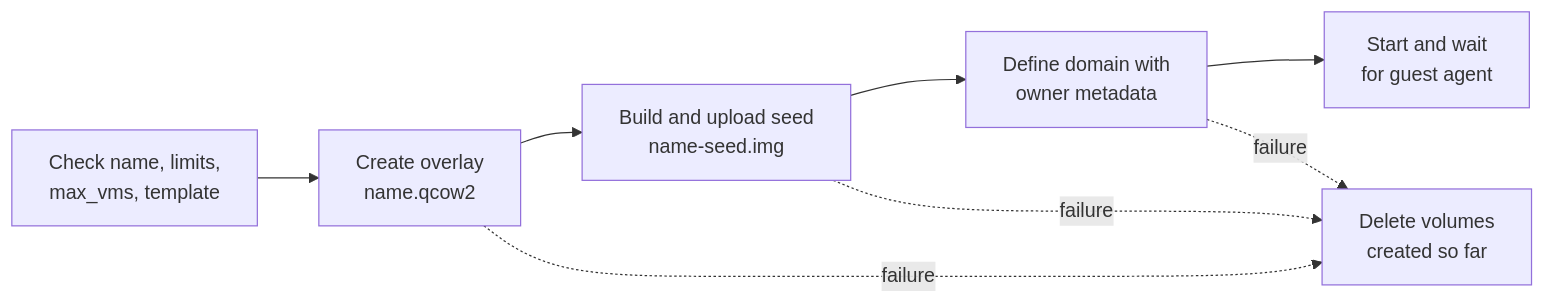
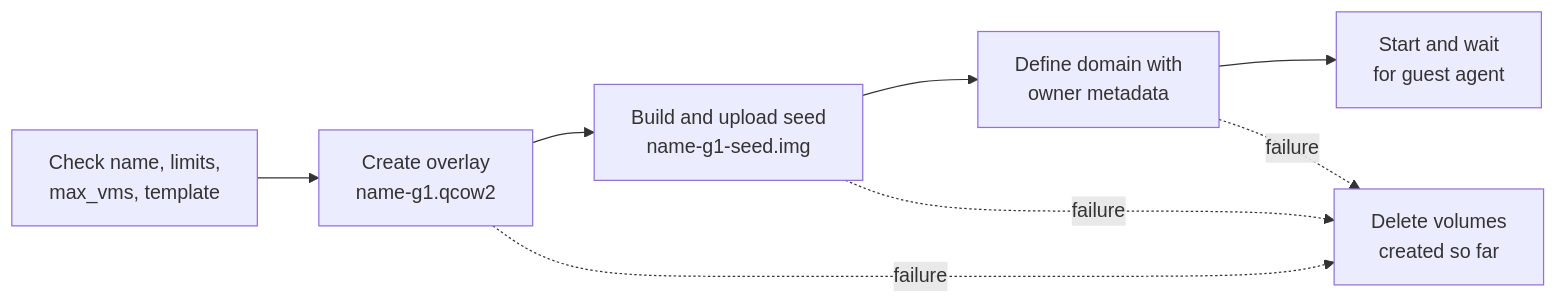
One commit to jonatsu/virt-manager-mcp changed the diagram in docs/plans/disposable-vms-design.md. Above: the diagram before and after it, drawn with Mermaid. The commit also changed other lines of this file, not shown here.

````diff
--- a/docs/plans/disposable-vms-design.md
+++ b/docs/plans/disposable-vms-design.md
@@ -65,10 +72,10 @@
 ```mermaid
 flowchart LR
-  A[Check name, limits,<br/>max_vms, template] --> B[Create overlay<br/>name.qcow2]
-  B --> C[Build and upload seed<br/>name-seed.img]
+  A[Check name, limits,<br/>max_vms, template] --> B[Create overlay<br/>name-g1.qcow2]
+  B --> C[Build and upload seed<br/>name-g1-seed.img]
   C --> D[Define domain with<br/>owner metadata]
   D --> E[Start and wait<br/>for guest agent]
   B -. failure .-> X[Delete volumes<br/>created so far]
   C -. failure .-> X
   D -. failure .-> X
 ```
````
